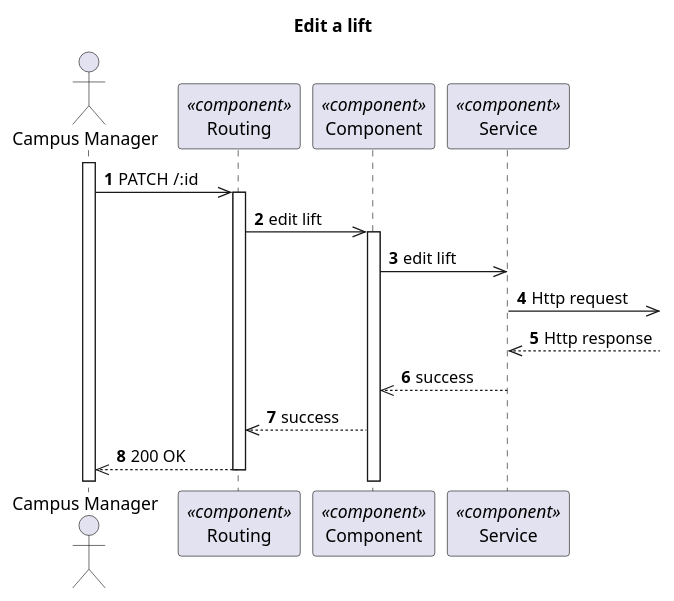
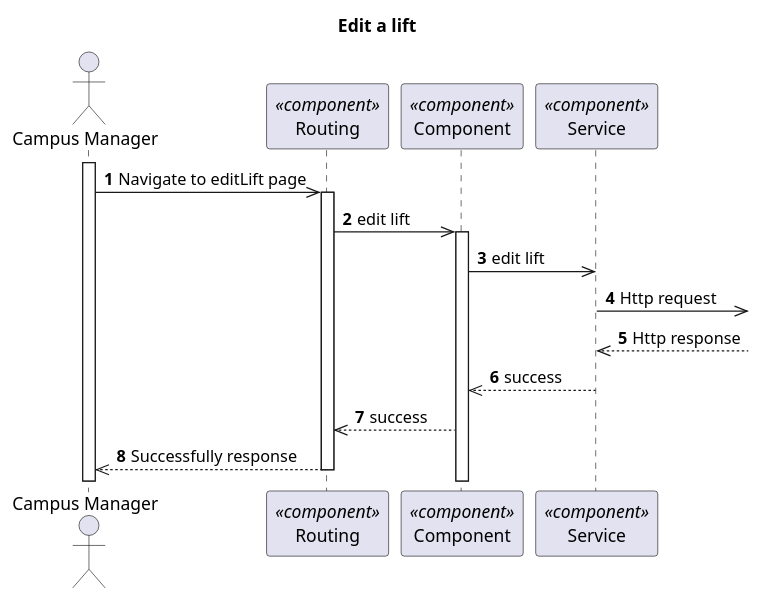
The diagram in docs/VistaProcesso/US280(1150)/Visualization/ProcessView_Level3_US280.puml (1210910/lapr5), drawn with PlantUML before and after one commit. The commit also changed 48 other files, not shown here.

```diff
--- a/docs/VistaProcesso/US280(1150)/Visualization/ProcessView_Level3_US280.puml
+++ b/docs/VistaProcesso/US280(1150)/Visualization/ProcessView_Level3_US280.puml
@@ -1,32 +1,32 @@
 @startuml Process View - Level 3
 
 autonumber
 skinparam packageStyle rect
 
 title Edit a lift
 
 actor "Campus Manager" as CM
 participant "Routing" as routing <<component>>
 participant "Component" as comp <<component>>
 participant "Service" as service <<component>>
 
 activate CM
-CM->> routing : PATCH /:id
+CM->> routing : Navigate to editLift page
 activate routing
 routing ->> comp : edit lift
 
 activate comp
 comp ->> service : edit lift
 
 service ->> : Http request
 service <<-- : Http response
 
 service -->> comp : success
 deactivate service
 
 comp -->> routing : success
 
-CM<<-- routing : 200 OK
+CM<<-- routing : Successfully response
 deactivate routing
 
 @enduml
```
